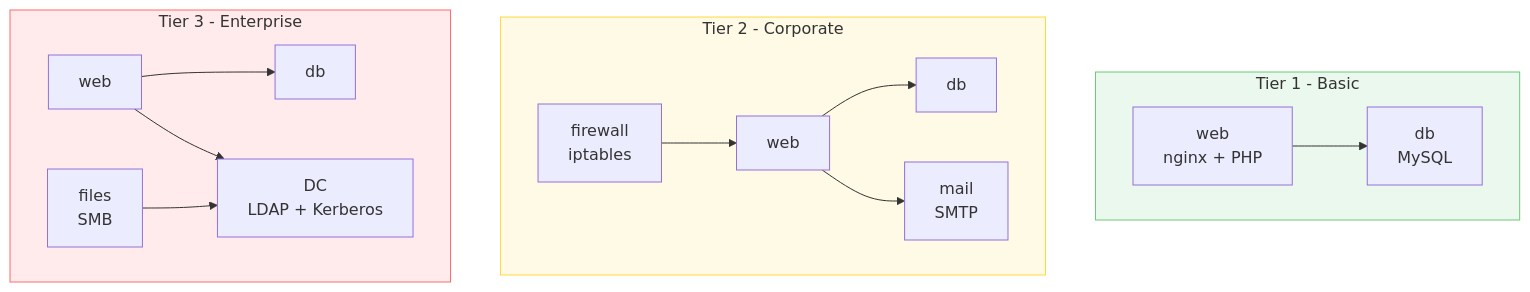
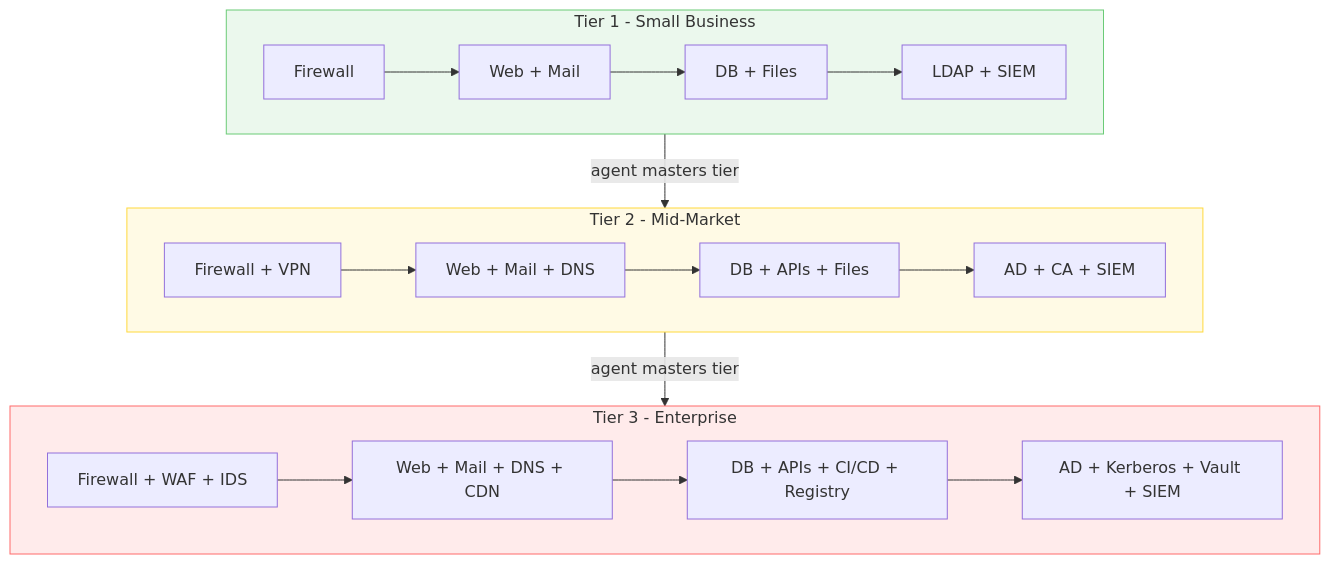
The seventh of 8 diagrams in README.md (open-cybernauts/open-range), drawn with Mermaid before and after one commit. The commit also changed other lines of this file, not shown here.

````diff
--- a/README.md
+++ b/README.md
@@ -208,22 +312,30 @@
 ```mermaid
 flowchart TD
-    subgraph t1 [Tier 1 - Basic]
-        W1[web<br/>nginx + PHP] --> D1[db<br/>MySQL]
+    subgraph t1 [Tier 1 - Small Business]
+        direction LR
+        FW1[Firewall] --> W1[Web + Mail]
+        W1 --> D1[DB + Files]
+        D1 --> AD1[LDAP + SIEM]
     end
 
-    subgraph t2 [Tier 2 - Corporate]
-        W2[web] --> D2[db]
-        W2 --> M2[mail<br/>SMTP]
-        FW2[firewall<br/>iptables] --> W2
+    subgraph t2 [Tier 2 - Mid-Market]
+        direction LR
+        FW2[Firewall + VPN] --> W2[Web + Mail + DNS]
+        W2 --> D2[DB + APIs + Files]
+        D2 --> AD2[AD + CA + SIEM]
     end
 
     subgraph t3 [Tier 3 - Enterprise]
-        W3[web] --> D3[db]
-        W3 --> DC3[DC<br/>LDAP + Kerberos]
-        FS3[files<br/>SMB] --> DC3
+        direction LR
+        FW3[Firewall + WAF + IDS] --> W3[Web + Mail + DNS + CDN]
+        W3 --> D3[DB + APIs + CI/CD + Registry]
+        D3 --> AD3[AD + Kerberos + Vault + SIEM]
     end
+
+    t1 -->|agent masters tier| t2
+    t2 -->|agent masters tier| t3
 
     style t1 fill:#6bcb7722,stroke:#6bcb77
     style t2 fill:#ffd93d22,stroke:#ffd93d
     style t3 fill:#ff6b6b22,stroke:#ff6b6b
 ```
````
